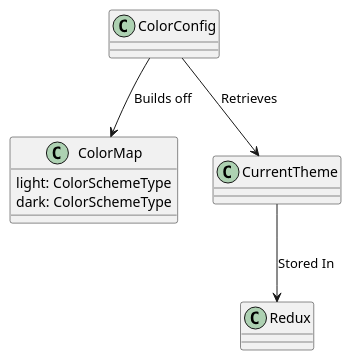
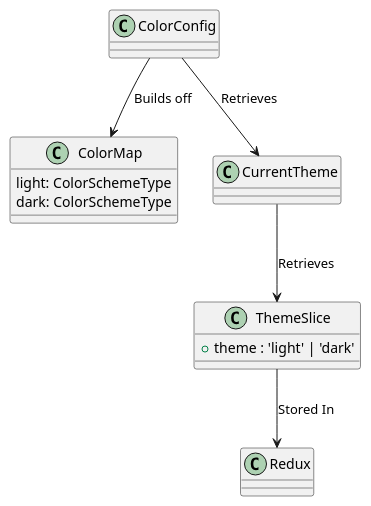
The diagram in tdd/theme.puml (Windesheim-AI/UML-diagrams), drawn with PlantUML before and after one commit.

Commit message:
refactor: :recycle: Added ThemeSlice to make it more clear

```diff
--- a/tdd/theme.puml
+++ b/tdd/theme.puml
@@ -1,15 +1,19 @@
 @startuml Colors
 
 class ColorMap {
     light: ColorSchemeType
     dark: ColorSchemeType
 }
 
 class CurrentTheme{
 
 }
 
-CurrentTheme --> Redux: Stored In
+class ThemeSlice{
+    +theme : 'light' | 'dark'
+}
+CurrentTheme --> ThemeSlice: Retrieves
+ThemeSlice --> Redux: Stored In
 ColorConfig --> ColorMap: Builds off
 ColorConfig --> CurrentTheme: Retrieves
 @enduml
```
